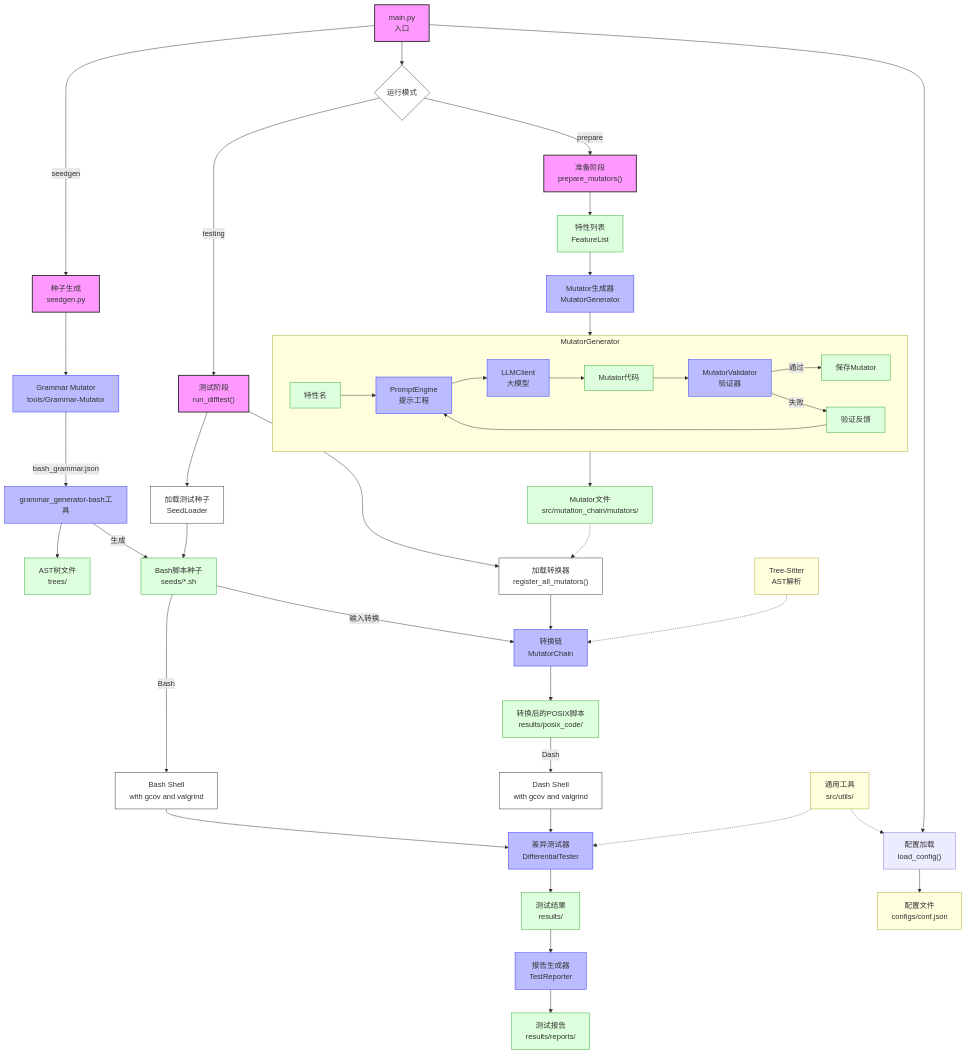
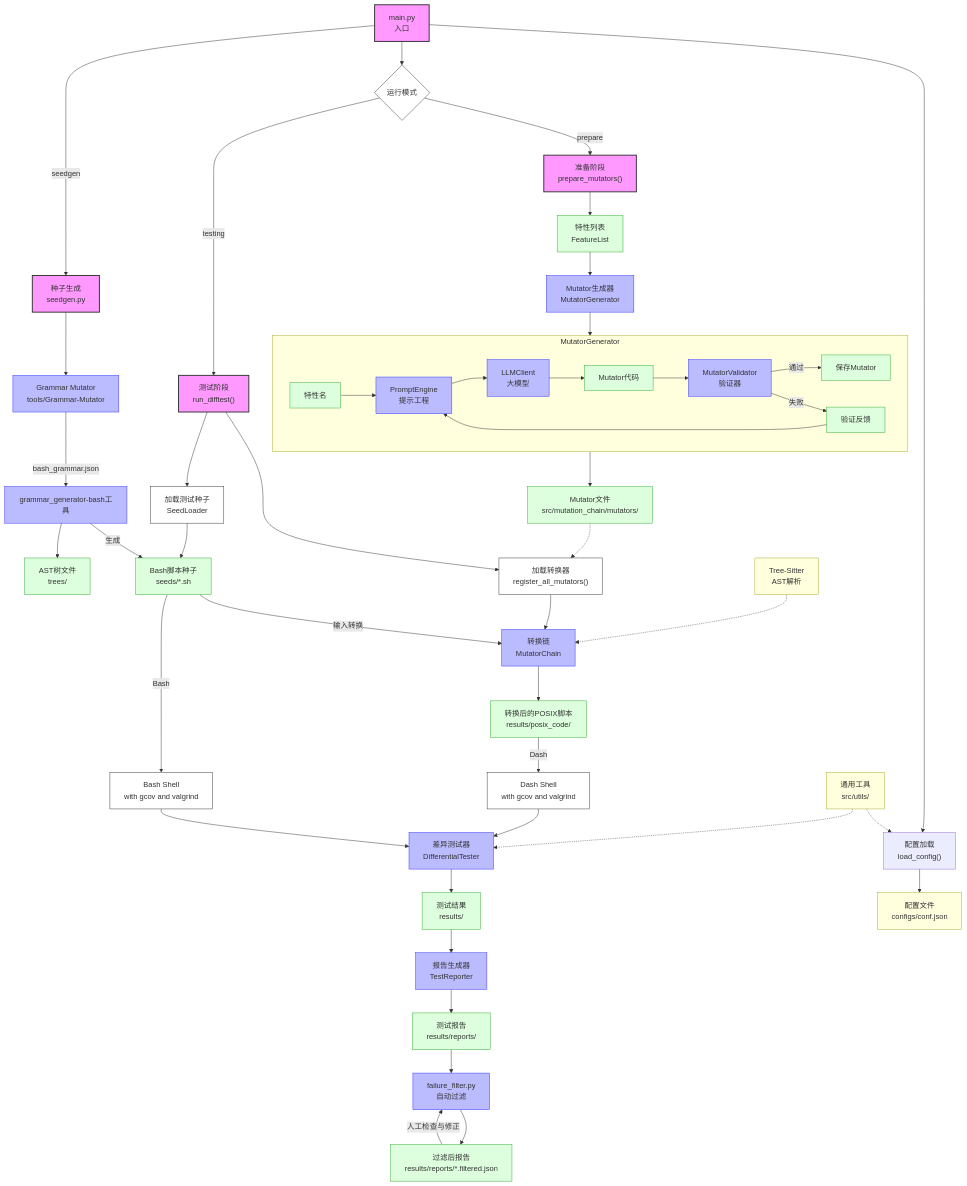
The diagram in README.md (GrapefruitCat030/bash-difftest), drawn with Mermaid before and after one commit. The commit also changed 6 other files, not shown here.

Commit message:
fix: - array mutator: adjust the arr__len and arr elements order - conditional expr mutator: negation process and regex process - failure filter: add some new filter - grammar: fix some rules

````diff
--- a/README.md
+++ b/README.md
@@ -29,74 +29,79 @@
 ```mermaid
 graph TD
     %% 入口与配置
     main["main.py<br>入口"] --> config_loader["配置加载<br>load_config()"]
     config_loader --> config["配置文件<br>configs/conf.json"]
 
     %% 运行模式
     main --> mode{"运行模式"}
 
     %% 准备阶段
     mode -->|prepare| prep["准备阶段<br>prepare_mutators()"]
     prep --> feature_list["特性列表<br>FeatureList"]
     
     %% MutatorGenerator 细化
     feature_list --> generator["Mutator生成器<br>MutatorGenerator"]
     subgraph MutatorGenerator [MutatorGenerator]
         direction LR
         feature_in["特性名"] --> prompt_engine["PromptEngine<br>提示工程"]
         prompt_engine --> llm["LLMClient<br>大模型"]
         llm --> mutator_code["Mutator代码"]
         mutator_code --> validator["MutatorValidator<br>验证器"]
         validator -->|通过| save_mutator["保存Mutator"]
         validator -->|失败| feedback["验证反馈"]
         feedback --> prompt_engine
     end
     generator --> MutatorGenerator
 
     save_mutator --> mutator_files["Mutator文件<br>src/mutation_chain/mutators/"]
 
     %% 种子生成阶段
     main -->|seedgen| seedgen["种子生成<br>seedgen.py"]
     seedgen --> grammar_mutator["Grammar Mutator<br>tools/Grammar-Mutator"]
     grammar_mutator -->|bash_grammar.json| grammar_generator["grammar_generator-bash工具"]
     grammar_generator -->|生成| seeds_dir["Bash脚本种子<br>seeds/*.sh"]
     grammar_generator --> trees_dir["AST树文件<br>trees/"]
 
     %% 测试阶段
     mode -->|testing| test["测试阶段<br>run_difftest()"]
     test --> load_mutators["加载转换器<br>register_all_mutators()"]
     mutator_files -.-> load_mutators
     load_mutators --> mutation_chain["转换链<br>MutatorChain"]
     test --> seed_loader["加载测试种子<br>SeedLoader"]
     seed_loader --> seeds_dir
     seeds_dir -->|输入转换| mutation_chain
     mutation_chain --> posix_files["转换后的POSIX脚本<br>results/posix_code/"]
 
     %% 差分测试与报告
     seeds_dir -->|Bash| bash["Bash Shell<br>with gcov and valgrind"]
     posix_files -->|Dash| dash["Dash Shell<br>with gcov and valgrind"]
     bash --> diff_tester["差异测试器<br>DifferentialTester"]
     dash --> diff_tester
     diff_tester --> test_results["测试结果<br>results/"]
     test_results --> reporter["报告生成器<br>TestReporter"]
     reporter --> report_files["测试报告<br>results/reports/"]
 
+    %% 失败过滤
+    report_files --> failure_filter["failure_filter.py<br>自动过滤"]
+    failure_filter --> filtered_reports["过滤后报告<br>results/reports/*.filtered.json"]
+    filtered_reports -->|"人工检查与修正"| failure_filter
+
     %% 工具与依赖
     utils["通用工具<br>src/utils/"] -.-> config_loader
     utils -.-> diff_tester
     tree_sitter["Tree-Sitter<br>AST解析"] -.-> mutation_chain
 
     %% 样式
     classDef primary fill:#f9f,stroke:#333,stroke-width:2px;
     classDef secondary fill:#bbf,stroke:#33f,stroke-width:1px;
     classDef data fill:#dfd,stroke:#3a3,stroke-width:1px;
     classDef config fill:#ffd,stroke:#aa3,stroke-width:1px;
     classDef flow fill:#fff,stroke:#333,stroke-width:1px;
 
     class main,prep,test,seedgen primary;
-    class generator,validator,mutation_chain,diff_tester,reporter,grammar_mutator,grammar_generator,prompt_engine,llm secondary;
-    class feature_list,seeds_dir,mutator_files,posix_files,test_results,report_files,trees_dir,mutator_code,save_mutator,feature_in,feedback data;
+    class generator,validator,mutation_chain,diff_tester,reporter,grammar_mutator,grammar_generator,prompt_engine,llm,failure_filter secondary;
+    class feature_list,seeds_dir,mutator_files,posix_files,test_results,report_files,trees_dir,mutator_code,save_mutator,feature_in,feedback,filtered_reports,final_reports data;
     class config,utils,tree_sitter config;
     class mode,seed_loader,load_mutators flow;
     class bash,dash flow;
 ```
````
